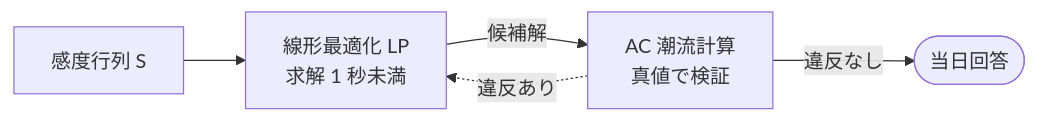
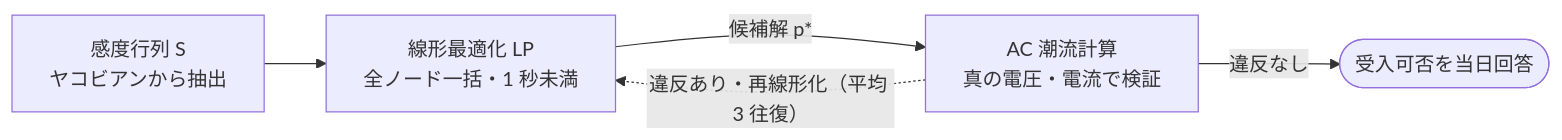
Before and after one commit to lutelute/marp-pptx: the diagram in demo/claude-showcase.md, drawn with Mermaid. The commit also changed other lines of this file and 5 other files, not shown here.

````diff
--- a/demo/claude-showcase.md
+++ b/demo/claude-showcase.md
@@ -44,7 +86,7 @@
 ```mermaid
 flowchart LR
-  S[感度行列 S] --> LP[線形最適化 LP<br>求解 1 秒未満]:::accent
-  LP -->|候補解| AC[AC 潮流計算<br>真値で検証]
-  AC -->|違反なし| OUT([当日回答]):::primary
-  AC -.->|違反あり| LP
+  S[感度行列 S<br>ヤコビアンから抽出] --> LP[線形最適化 LP<br>全ノード一括・1 秒未満]:::accent
+  LP -->|候補解 p*| AC[AC 潮流計算<br>真の電圧・電流で検証]
+  AC -->|違反なし| OUT([受入可否を当日回答]):::primary
+  AC -.->|違反あり・再線形化（平均 3 往復）| LP
 ```
````
